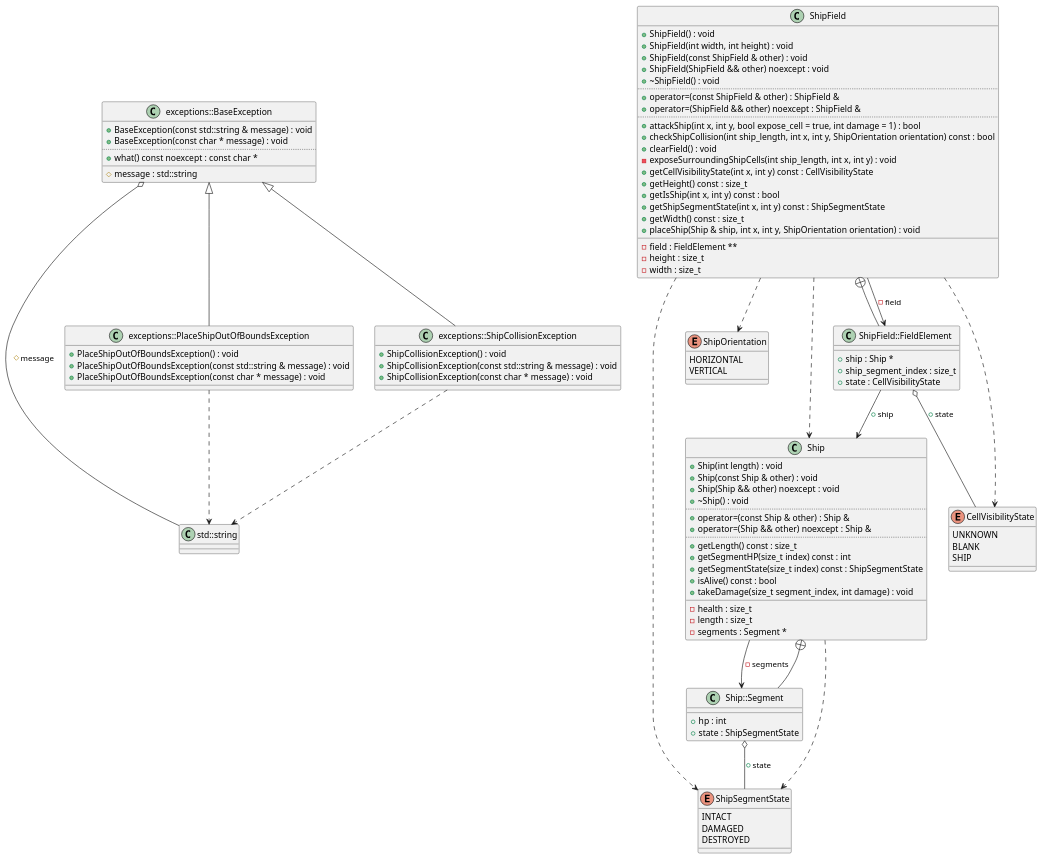
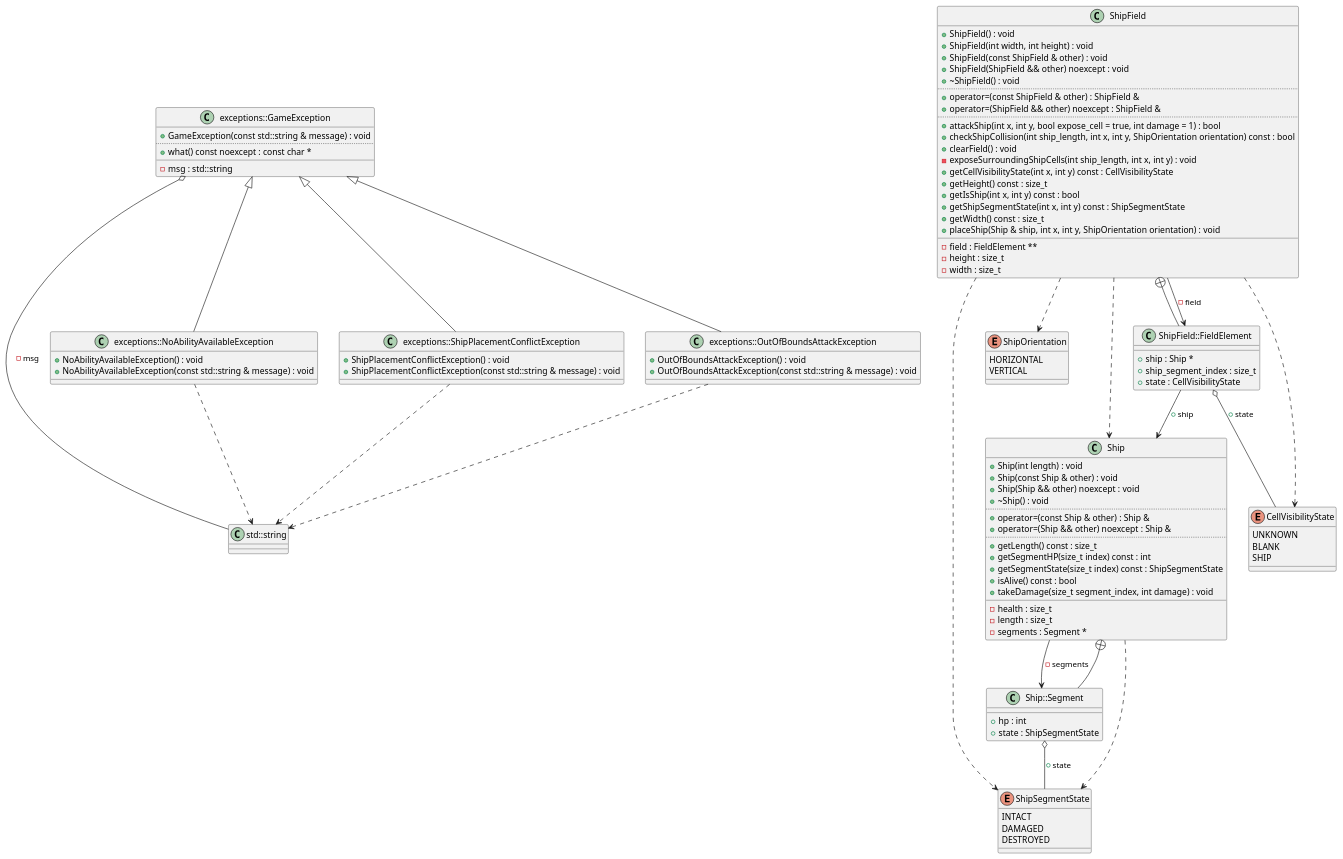
The diagram in diagrams/ShipField.puml (Rennelv/ships), drawn with PlantUML before and after one commit. The commit also changed 25 other files, not shown here.

```diff
--- a/diagrams/ShipField.puml
+++ b/diagrams/ShipField.puml
@@ -1,127 +1,133 @@
 @startuml
 class "std::string" as C_0001275076681856179721
 class C_0001275076681856179721 {
 __
 }
 enum "ShipSegmentState" as C_0014256742677139282670
 enum C_0014256742677139282670 {
 INTACT
 DAMAGED
 DESTROYED
 }
 enum "ShipOrientation" as C_0002579181642537833876
 enum C_0002579181642537833876 {
 HORIZONTAL
 VERTICAL
 }
 enum "CellVisibilityState" as C_0003333043679234439357
 enum C_0003333043679234439357 {
 UNKNOWN
 BLANK
 SHIP
 }
 class "Ship" as C_0014529657433315016423
 class C_0014529657433315016423 {
 +Ship(int length) : void
 +Ship(const Ship & other) : void
 +Ship(Ship && other) noexcept : void
 +~Ship() : void
 ..
 +operator=(const Ship & other) : Ship &
 +operator=(Ship && other) noexcept : Ship &
 ..
 +getLength() const : size_t
 +getSegmentHP(size_t index) const : int
 +getSegmentState(size_t index) const : ShipSegmentState
 +isAlive() const : bool
 +takeDamage(size_t segment_index, int damage) : void
 __
 -health : size_t
 -length : size_t
 -segments : Segment *
 }
 class "Ship::Segment" as C_0000674658759292391449
 class C_0000674658759292391449 {
 __
 +hp : int
 +state : ShipSegmentState
 }
 class "ShipField" as C_0003843296779074973901
 class C_0003843296779074973901 {
 +ShipField() : void
 +ShipField(int width, int height) : void
 +ShipField(const ShipField & other) : void
 +ShipField(ShipField && other) noexcept : void
 +~ShipField() : void
 ..
 +operator=(const ShipField & other) : ShipField &
 +operator=(ShipField && other) noexcept : ShipField &
 ..
 +attackShip(int x, int y, bool expose_cell = true, int damage = 1) : bool
 +checkShipCollision(int ship_length, int x, int y, ShipOrientation orientation) const : bool
 +clearField() : void
 -exposeSurroundingShipCells(int ship_length, int x, int y) : void
 +getCellVisibilityState(int x, int y) const : CellVisibilityState
 +getHeight() const : size_t
 +getIsShip(int x, int y) const : bool
 +getShipSegmentState(int x, int y) const : ShipSegmentState
 +getWidth() const : size_t
 +placeShip(Ship & ship, int x, int y, ShipOrientation orientation) : void
 __
 -field : FieldElement **
 -height : size_t
 -width : size_t
 }
 class "ShipField::FieldElement" as C_0000316359785794417378
 class C_0000316359785794417378 {
 __
 +ship : Ship *
 +ship_segment_index : size_t
 +state : CellVisibilityState
 }
-class "exceptions::BaseException" as C_0010866204493294675298
-class C_0010866204493294675298 {
-+BaseException(const std::string & message) : void
-+BaseException(const char * message) : void
+class "exceptions::GameException" as C_0007589199267016446353
+class C_0007589199267016446353 {
++GameException(const std::string & message) : void
 ..
 +what() const noexcept : const char *
 __
-#message : std::string
+-msg : std::string
 }
-class "exceptions::PlaceShipOutOfBoundsException" as C_0009044063635314502983
-class C_0009044063635314502983 {
-+PlaceShipOutOfBoundsException() : void
-+PlaceShipOutOfBoundsException(const std::string & message) : void
-+PlaceShipOutOfBoundsException(const char * message) : void
+class "exceptions::NoAbilityAvailableException" as C_0006087931829388500955
+class C_0006087931829388500955 {
++NoAbilityAvailableException() : void
++NoAbilityAvailableException(const std::string & message) : void
 __
 }
-class "exceptions::ShipCollisionException" as C_0005819130468169833287
-class C_0005819130468169833287 {
-+ShipCollisionException() : void
-+ShipCollisionException(const std::string & message) : void
-+ShipCollisionException(const char * message) : void
+class "exceptions::ShipPlacementConflictException" as C_0014145847858458416793
+class C_0014145847858458416793 {
++ShipPlacementConflictException() : void
++ShipPlacementConflictException(const std::string & message) : void
+__
+}
+class "exceptions::OutOfBoundsAttackException" as C_0000456049838779900119
+class C_0000456049838779900119 {
++OutOfBoundsAttackException() : void
++OutOfBoundsAttackException(const std::string & message) : void
 __
 }
 C_0014529657433315016423 ..> C_0014256742677139282670
 C_0014529657433315016423 --> C_0000674658759292391449 : -segments
 C_0000674658759292391449 --+ C_0014529657433315016423
 C_0000674658759292391449 o-- C_0014256742677139282670 : +state
 C_0003843296779074973901 ..> C_0002579181642537833876
 C_0003843296779074973901 ..> C_0003333043679234439357
 C_0003843296779074973901 ..> C_0014256742677139282670
 C_0003843296779074973901 ..> C_0014529657433315016423
 C_0003843296779074973901 --> C_0000316359785794417378 : -field
 C_0000316359785794417378 --+ C_0003843296779074973901
 C_0000316359785794417378 o-- C_0003333043679234439357 : +state
 C_0000316359785794417378 --> C_0014529657433315016423 : +ship
-C_0010866204493294675298 o-- C_0001275076681856179721 : #message
-C_0009044063635314502983 ..> C_0001275076681856179721
-C_0010866204493294675298 <|-- C_0009044063635314502983
+C_0007589199267016446353 o-- C_0001275076681856179721 : -msg
+C_0006087931829388500955 ..> C_0001275076681856179721
+C_0007589199267016446353 <|-- C_0006087931829388500955
 
-C_0005819130468169833287 ..> C_0001275076681856179721
-C_0010866204493294675298 <|-- C_0005819130468169833287
+C_0014145847858458416793 ..> C_0001275076681856179721
+C_0007589199267016446353 <|-- C_0014145847858458416793
+
+C_0000456049838779900119 ..> C_0001275076681856179721
+C_0007589199267016446353 <|-- C_0000456049838779900119
 
 
 'Generated with clang-uml, version 0.5.5
 'LLVM version clang version 18.1.8
 @enduml
```
